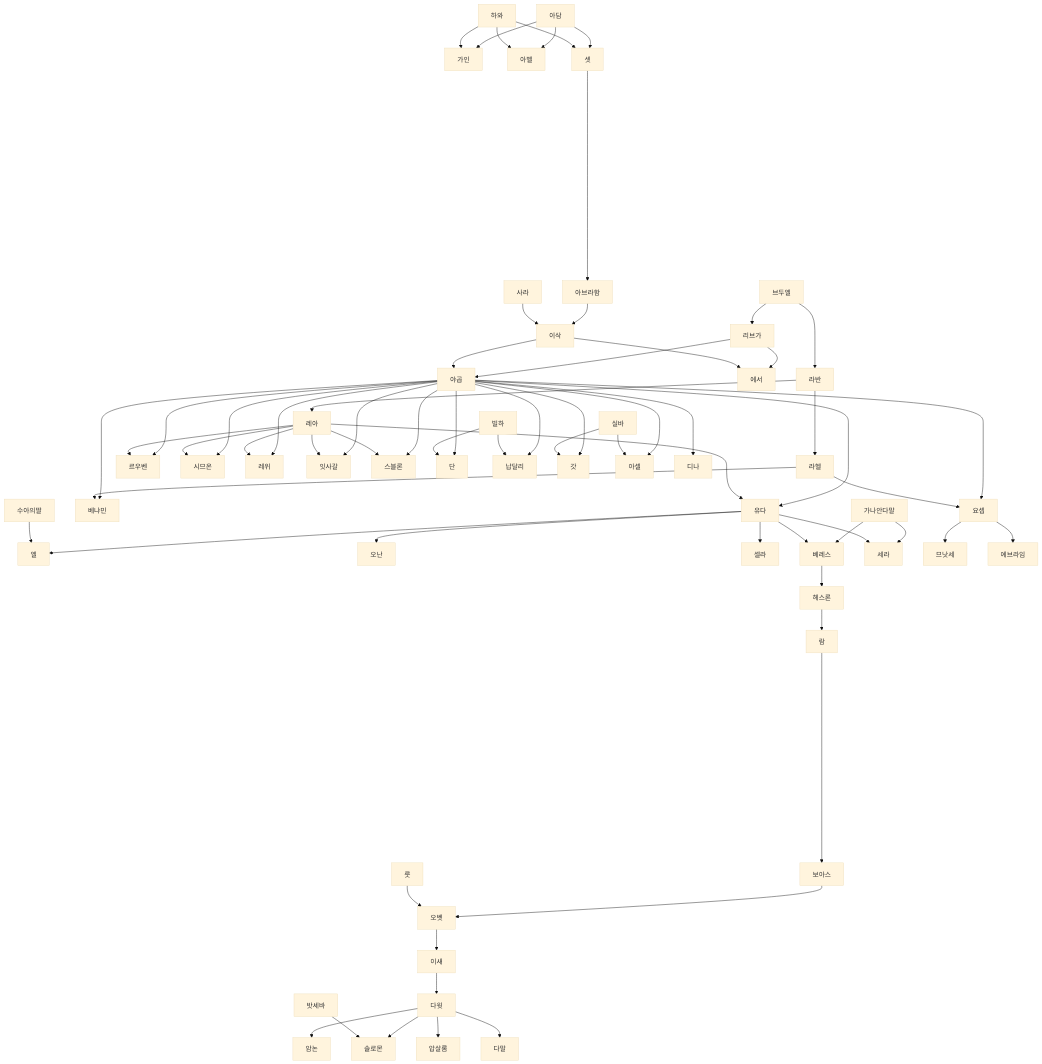
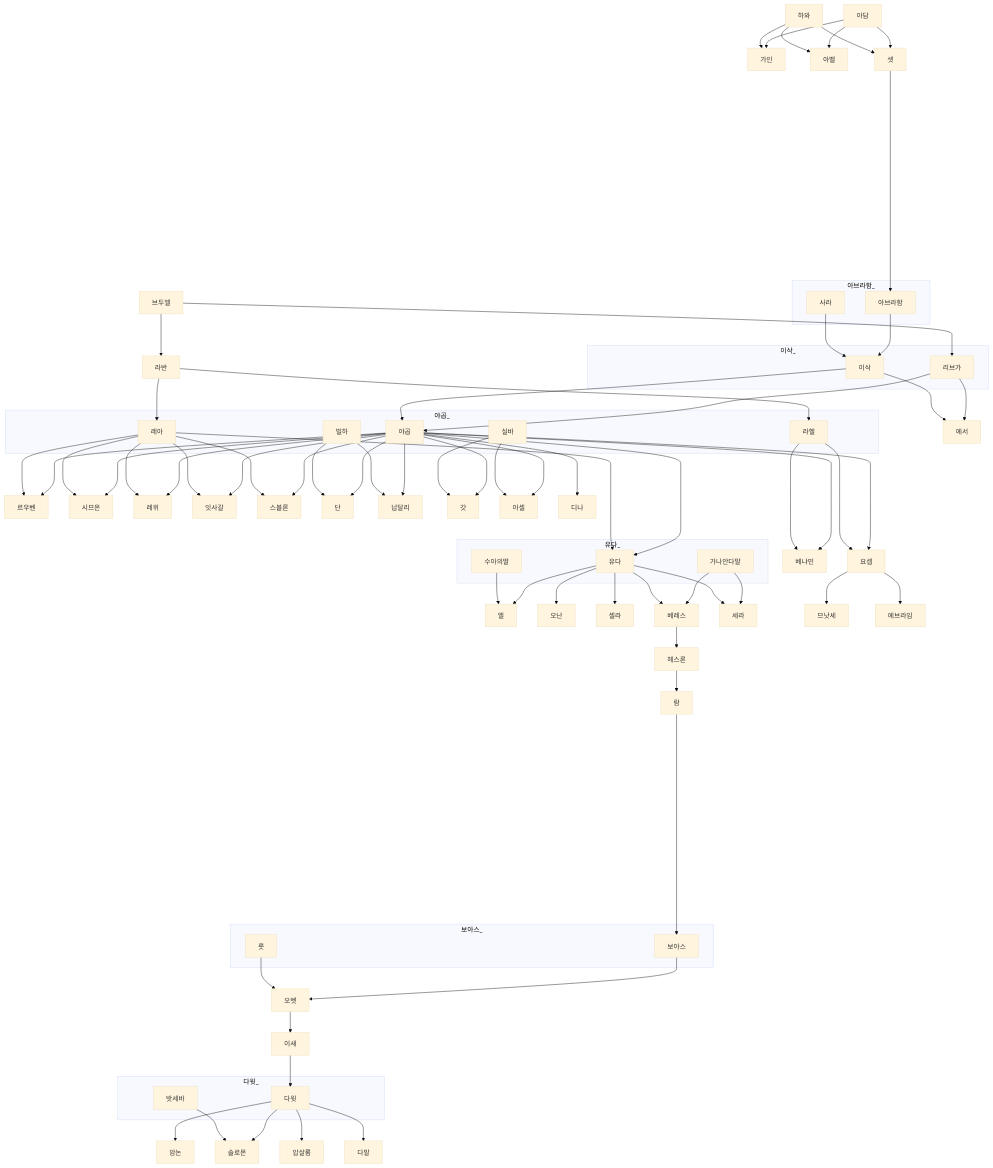
Before and after one commit to daewonyoon/historigram: the diagram in 기독교/성경가계도.md, drawn with Mermaid (base theme).

Commit message:
부부관계 서브그래프

```diff
--- a/기독교/성경가계도.md
+++ b/기독교/성경가계도.md
@@ -13,9 +13,26 @@
  셋 -------------------> 아브라함 --> 이삭
  사라 --> 이삭
 
+ subgraph 아브라함_
+ 아브라함
+ 사라
+ end
+
  브두엘 --> 리브가
  브두엘 --> 라반
 
+ subgraph 이삭_
+ 이삭
+ 리브가
+ end
+
+ subgraph 야곱_
+ 야곱
+ 레아
+ 라헬
+ 빌하
+ 실바
+ end
  리브가 --> 에서
  리브가 --> 야곱
 
@@ -61,12 +78,23 @@
  가나안다말 --> 세라
  유다 --> 베레스
  유다 --> 세라
+
+ subgraph 유다_
+ 유다
+ 가나안다말
+ 수아의딸
+ end
  
  요셉 --> 므낫세
  요셉 --> 에브라임
  
- 베레스 --> 헤스론 --> 람 -------------> 보아스
+ 베레스 --> 헤스론 --> 람 ------------> 보아스
  
+ subgraph 보아스_
+ 보아스
+ 룻
+ end
+
  보아스 --> 오벳
  룻 --> 오벳
  
@@ -76,6 +104,10 @@
  다윗 --> 압살롬
  다윗 --> 다말
  
+ subgraph 다윗_
+ 다윗
+ 밧세바
+ end
  
  밧세바 --> 솔로몬
  
```
